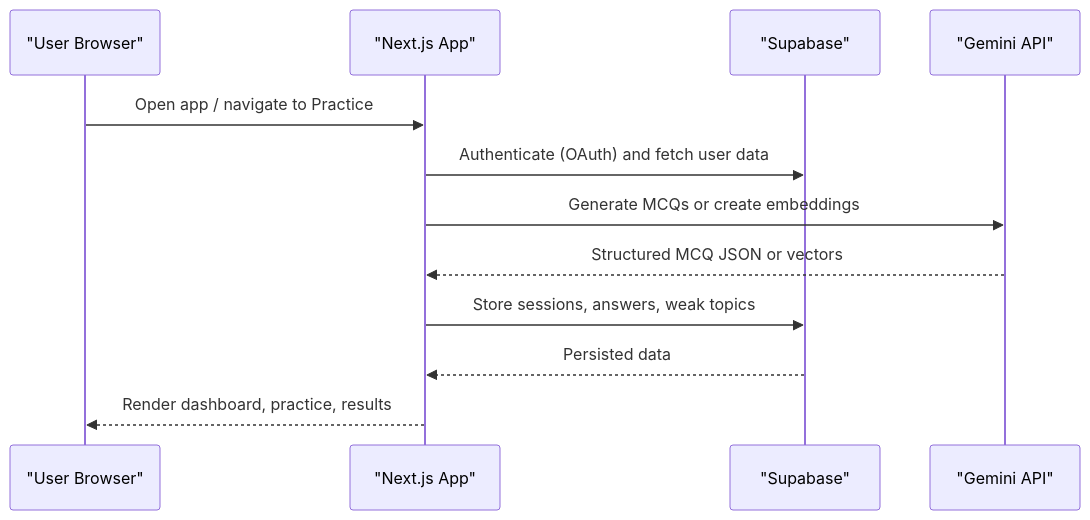
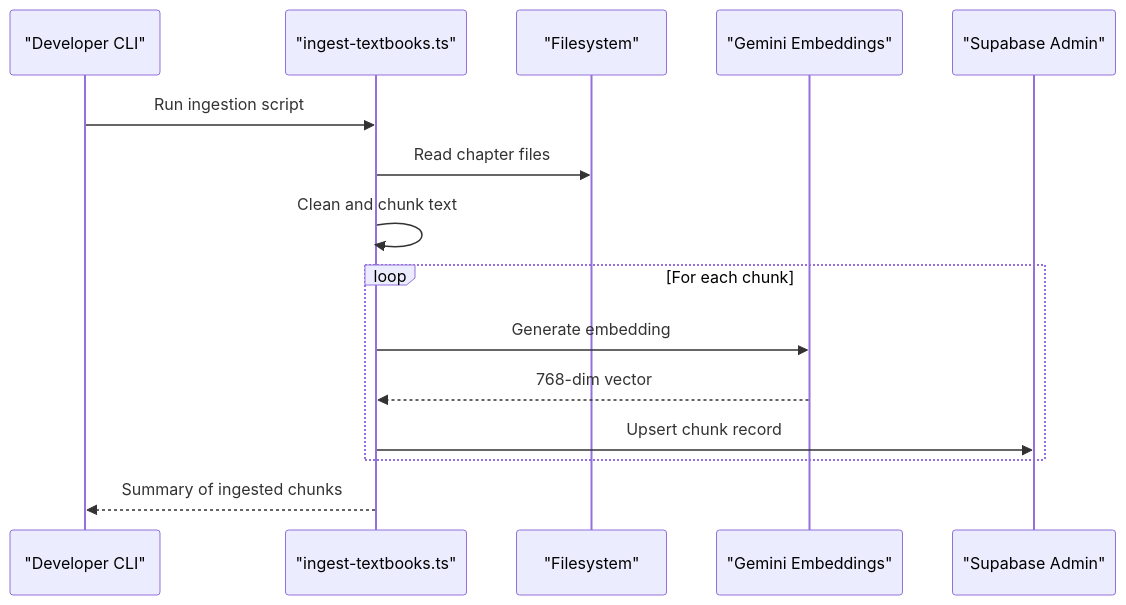
One commit to Daniiyal-creates/MedAce-AI changed the second of 3 diagrams in .qoder/repowiki/en/content/Getting Started.md. Above: the diagram before and after it, drawn with Mermaid. The commit also changed other lines of this file and 159 other files, not shown here.

````diff
--- a/.qoder/repowiki/en/content/Getting Started.md
+++ b/.qoder/repowiki/en/content/Getting Started.md
@@ -89,14 +139,17 @@
 ```mermaid
 sequenceDiagram
-participant U as "User Browser"
-participant N as "Next.js App"
-participant S as "Supabase"
-participant G as "Gemini API"
-U->>N : Open app / navigate to Practice
-N->>S : Authenticate (OAuth) and fetch user data
-N->>G : Generate MCQs or create embeddings
-G-->>N : Structured MCQ JSON or vectors
-N->>S : Store sessions, answers, weak topics
-S-->>N : Persisted data
-N-->>U : Render dashboard, practice, results
+participant Dev as "Developer CLI"
+participant Script as "ingest-textbooks.ts"
+participant FS as "Filesystem"
+participant Gemini as "Gemini Embeddings"
+participant Supa as "Supabase Admin"
+Dev->>Script : Run ingestion script
+Script->>FS : Read chapter files
+Script->>Script : Clean and chunk text
+loop For each chunk
+Script->>Gemini : Generate embedding
+Gemini-->>Script : 768-dim vector
+Script->>Supa : Upsert chunk record
+end
+Script-->>Dev : Summary of ingested chunks
 ```
````
